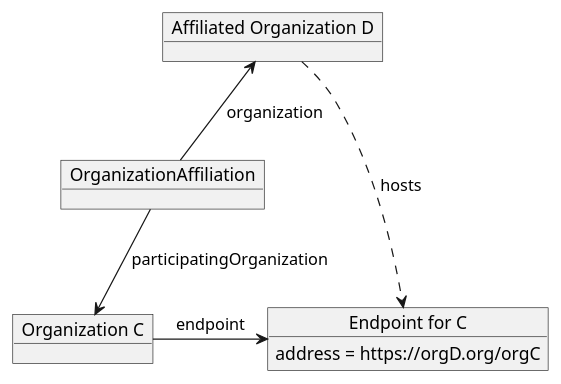
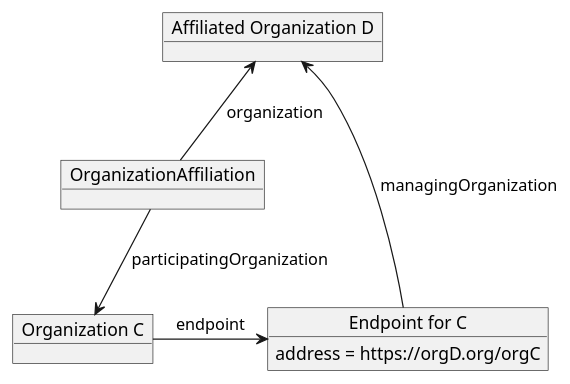
The diagram in input/images-source/dir-org-specific-endpoint-affil.plantuml (IHE/ITI.mCSD), drawn with PlantUML before and after one commit.

```diff
--- a/input/images-source/dir-org-specific-endpoint-affil.plantuml
+++ b/input/images-source/dir-org-specific-endpoint-affil.plantuml
@@ -1,15 +1,15 @@
 @startuml
 hide footbox
 
 object "Organization C" as OrganizationC
 object "Affiliated Organization D" as OrganizationD
 object "OrganizationAffiliation" as OrgAff
 object "Endpoint for C" as EndpointC
 EndpointC : address = https://orgD.org/orgC
 
 OrgAff --> OrganizationC : participatingOrganization
 OrganizationD <-- OrgAff : organization
 OrganizationC -> EndpointC : endpoint
-OrganizationD ..> EndpointC : hosts
+OrganizationD <- EndpointC : managingOrganization
 
 @enduml
```
